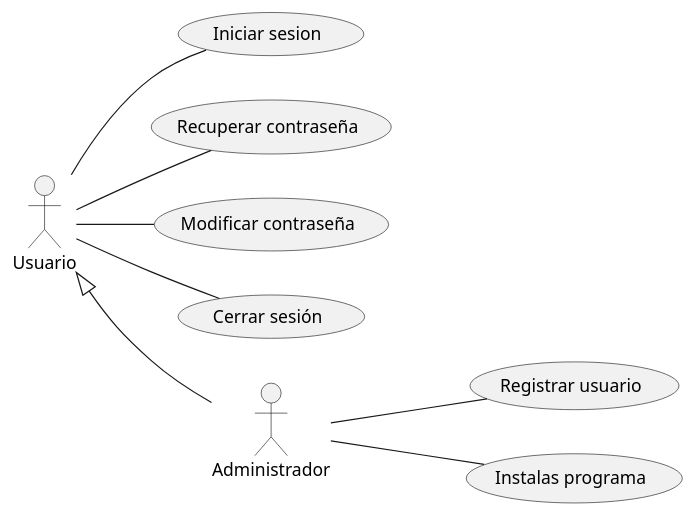
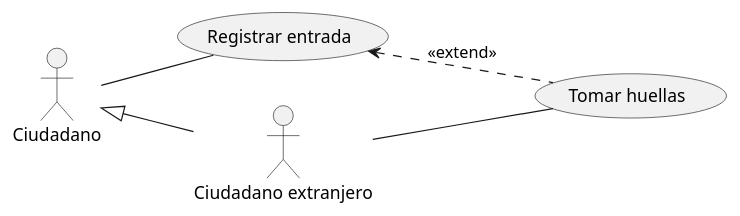
Before and after one commit to NuriaSan/Practica_Clases_PlantUml: the diagram in src/Proyecto.puml, drawn with PlantUML.

Commit message:
Ejemplo: Puesto fronterizo

```diff
--- a/src/Proyecto.puml
+++ b/src/Proyecto.puml
@@ -1,19 +1,11 @@
 @startuml
 left to right direction
-usecase "Iniciar sesion" as is
-usecase "Recuperar contraseña" as rc
-usecase "Modificar contraseña" as mc
-usecase "Cerrar sesión" as cs
-usecase "Registrar usuario" as ru
-usecase "Instalas programa" as ip
-    Usuario -- is
-    Usuario -- rc
-    Usuario -- mc
-    Usuario -- cs
-    Administrador -- ru
-    Administrador -- ip
-    Usuario <|-- Administrador
+usecase "Registrar entrada" as re
+usecase "Tomar huellas" as th
 
-
+    Ciudadano -- re
+    "Ciudadano extranjero" -- th
+    Ciudadano <|-- "Ciudadano extranjero"
+    re <.. th : <<extend>>
 
 @enduml
```
